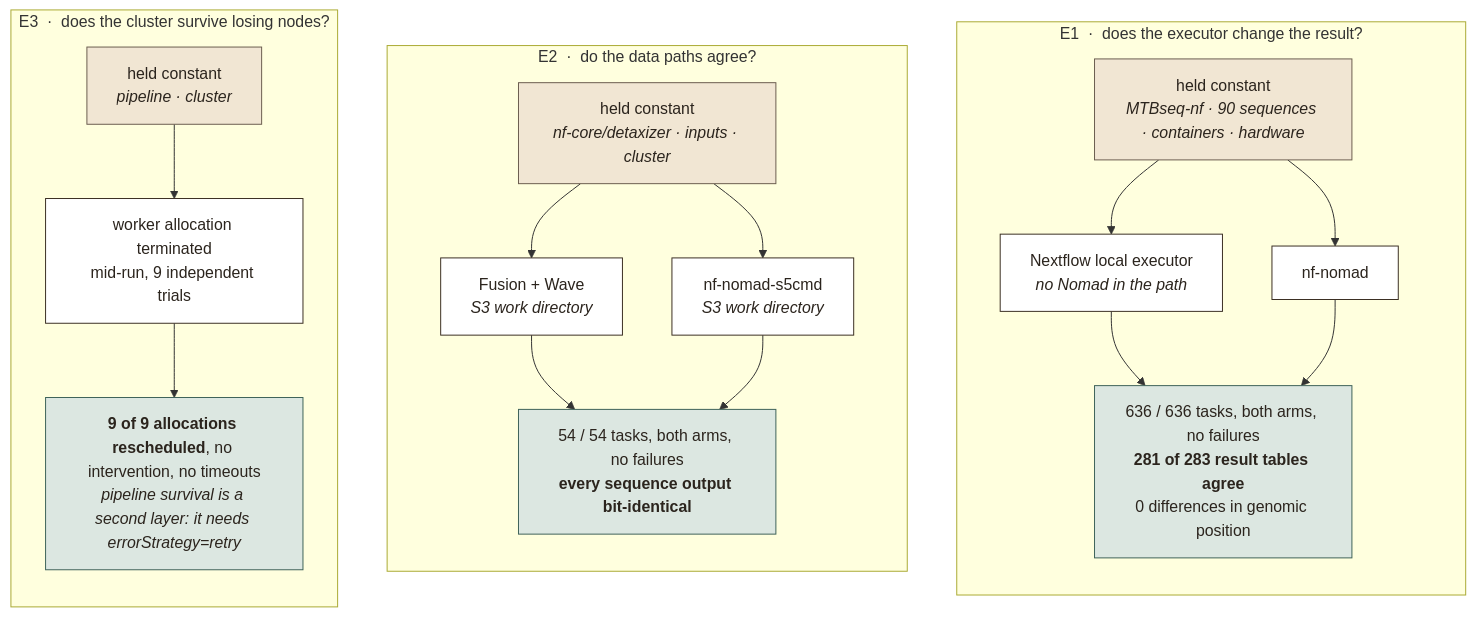
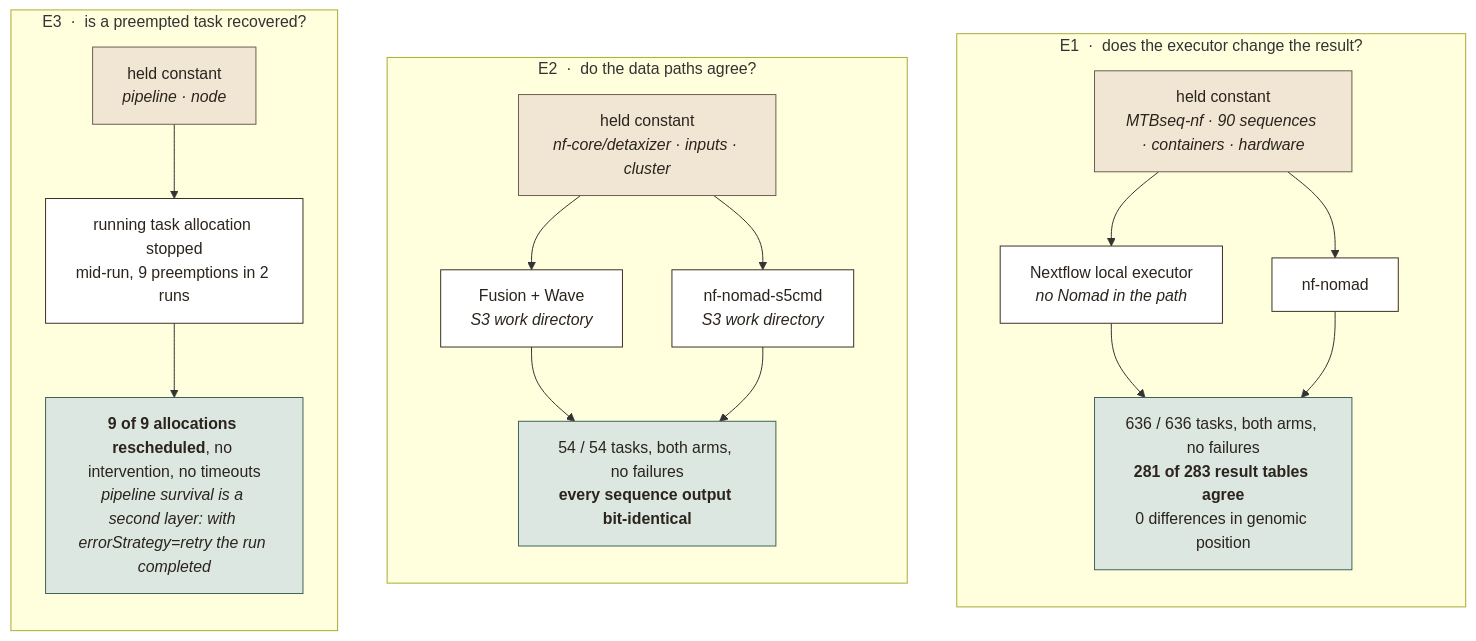
One commit to abhi18av-phd-projects/nf-nomad-manuscript-assets changed the diagram in README.md. Above: the diagram before and after it, drawn with Mermaid. The commit also changed other lines of this file and 15 other files, not shown here.

````diff
--- a/README.md
+++ b/README.md
@@ -25,31 +25,31 @@
 ```mermaid
 flowchart TB
   classDef held fill:#F1E6D3,stroke:#6B5D4F,color:#2B241D
   classDef arm  fill:#FFFFFF,stroke:#3A2E22,color:#2B241D
   classDef res  fill:#DCE7E1,stroke:#3E6259,color:#2B241D
 
   subgraph E1["E1 &nbsp;·&nbsp; does the executor change the result?"]
     direction TB
     H1["held constant<br/><i>MTBseq-nf · 90 sequences · containers · hardware</i>"]:::held
     H1 --> A1["Nextflow local executor<br/><i>no Nomad in the path</i>"]:::arm
     H1 --> A2["nf-nomad"]:::arm
     A1 --> R1["636 / 636 tasks, both arms, no failures<br/><b>281 of 283 result tables agree</b><br/>0 differences in genomic position"]:::res
     A2 --> R1
   end
 
   subgraph E2["E2 &nbsp;·&nbsp; do the data paths agree?"]
     direction TB
     H2["held constant<br/><i>nf-core/detaxizer · inputs · cluster</i>"]:::held
     H2 --> B1["Fusion + Wave<br/><i>S3 work directory</i>"]:::arm
     H2 --> B2["nf-nomad-s5cmd<br/><i>S3 work directory</i>"]:::arm
     B1 --> R2["54 / 54 tasks, both arms, no failures<br/><b>every sequence output bit-identical</b>"]:::res
     B2 --> R2
   end
 
-  subgraph E3["E3 &nbsp;·&nbsp; does the cluster survive losing nodes?"]
+  subgraph E3["E3 &nbsp;·&nbsp; is a preempted task recovered?"]
     direction TB
-    H3["held constant<br/><i>pipeline · cluster</i>"]:::held
-    H3 --> C1["worker allocation terminated<br/>mid-run, 9 independent trials"]:::arm
-    C1 --> R3["<b>9 of 9 allocations rescheduled</b>, no intervention, no timeouts<br/><i>pipeline survival is a second layer: it needs errorStrategy=retry</i>"]:::res
+    H3["held constant<br/><i>pipeline · node</i>"]:::held
+    H3 --> C1["running task allocation stopped<br/>mid-run, 9 preemptions in 2 runs"]:::arm
+    C1 --> R3["<b>9 of 9 allocations rescheduled</b>, no intervention, no timeouts<br/><i>pipeline survival is a second layer: with errorStrategy=retry the run completed</i>"]:::res
   end
 ```
````
